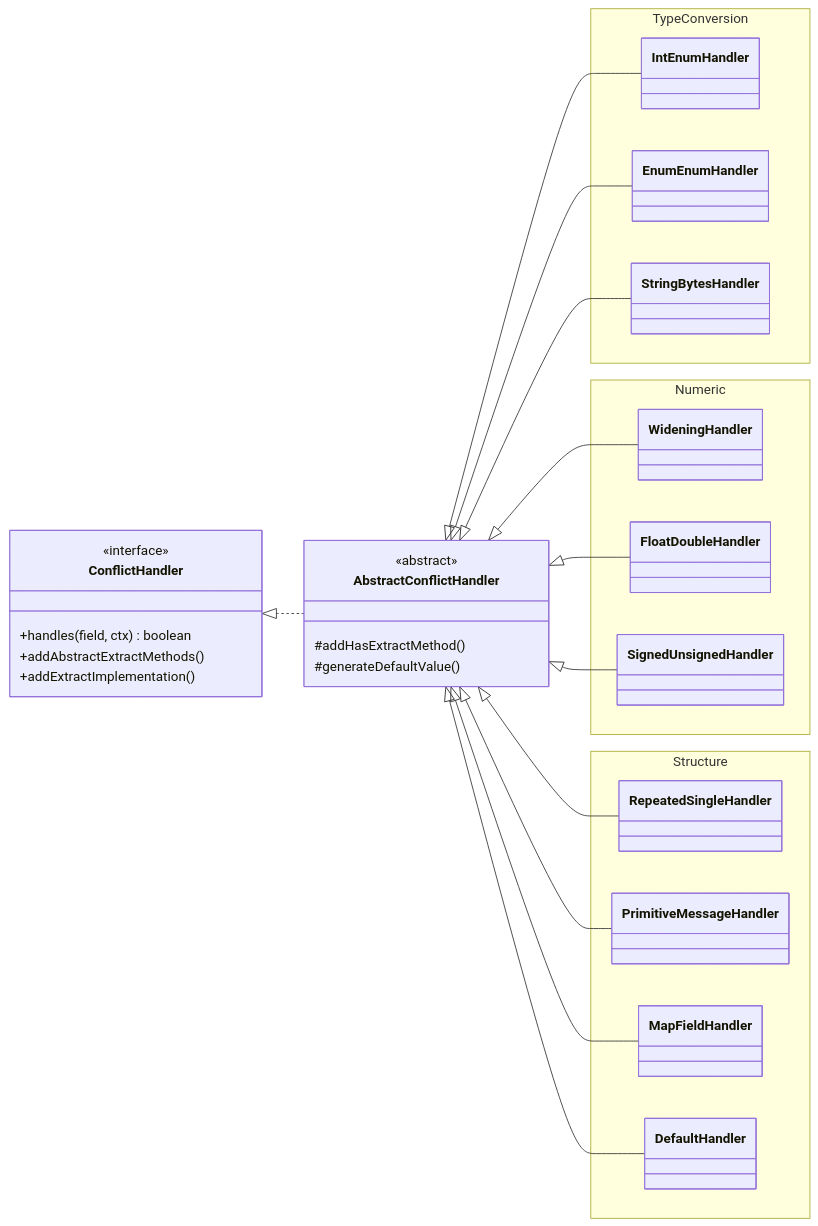
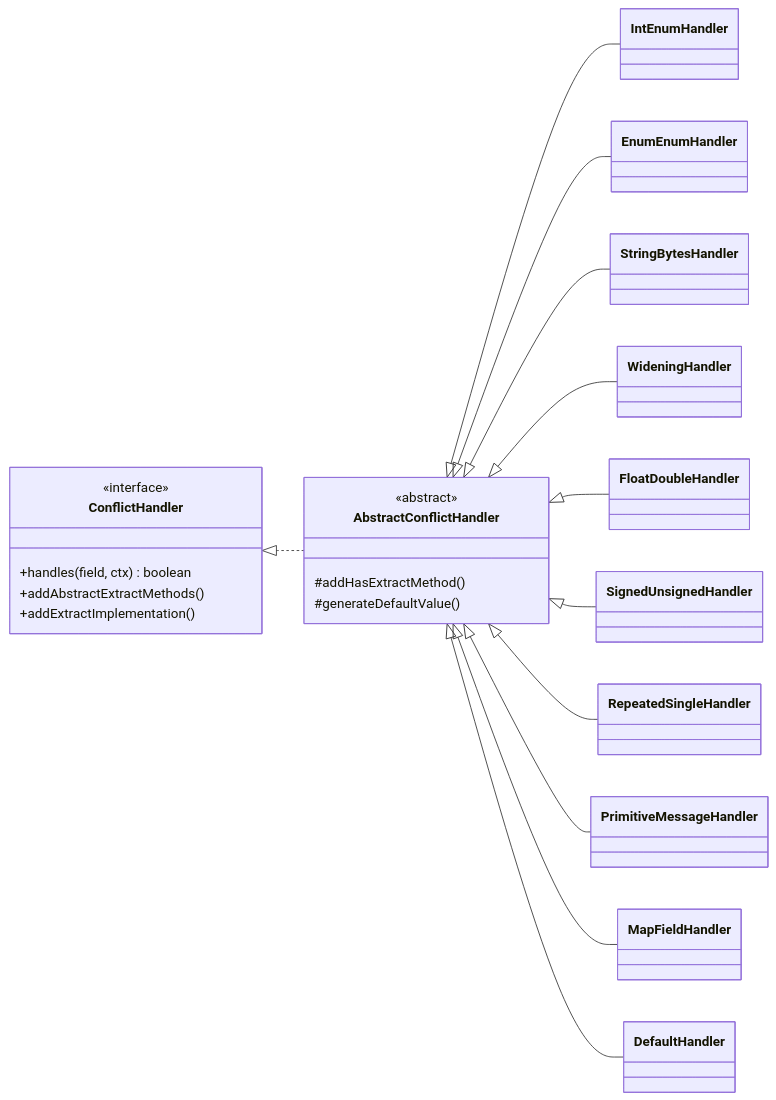
The second of 6 diagrams in docs/ARCHITECTURE.md (alnovis/proto-wrapper-plugin), drawn with Mermaid before and after one commit. The commit also changed other lines of this file, not shown here.

First line of the commit message:
fix(docs): fix Mermaid diagrams for GitHub rendering

````diff
--- a/docs/ARCHITECTURE.md
+++ b/docs/ARCHITECTURE.md
@@ -300,48 +300,40 @@
 ```mermaid
 classDiagram
     direction LR
 
     class ConflictHandler {
         <<interface>>
         +handles(field, ctx) boolean
         +addAbstractExtractMethods()
         +addExtractImplementation()
     }
 
     class AbstractConflictHandler {
         <<abstract>>
         #addHasExtractMethod()
         #generateDefaultValue()
     }
 
-    namespace TypeConversion {
-        class IntEnumHandler
-        class EnumEnumHandler
-        class StringBytesHandler
-    }
-
-    namespace Numeric {
-        class WideningHandler
-        class FloatDoubleHandler
-        class SignedUnsignedHandler
-    }
-
-    namespace Structure {
-        class RepeatedSingleHandler
-        class PrimitiveMessageHandler
-        class MapFieldHandler
-        class DefaultHandler
-    }
+    class IntEnumHandler
+    class EnumEnumHandler
+    class StringBytesHandler
+    class WideningHandler
+    class FloatDoubleHandler
+    class SignedUnsignedHandler
+    class RepeatedSingleHandler
+    class PrimitiveMessageHandler
+    class MapFieldHandler
+    class DefaultHandler
 
     ConflictHandler <|.. AbstractConflictHandler
     AbstractConflictHandler <|-- IntEnumHandler
     AbstractConflictHandler <|-- EnumEnumHandler
     AbstractConflictHandler <|-- StringBytesHandler
     AbstractConflictHandler <|-- WideningHandler
     AbstractConflictHandler <|-- FloatDoubleHandler
     AbstractConflictHandler <|-- SignedUnsignedHandler
     AbstractConflictHandler <|-- RepeatedSingleHandler
     AbstractConflictHandler <|-- PrimitiveMessageHandler
     AbstractConflictHandler <|-- MapFieldHandler
     AbstractConflictHandler <|-- DefaultHandler
 ```
````
